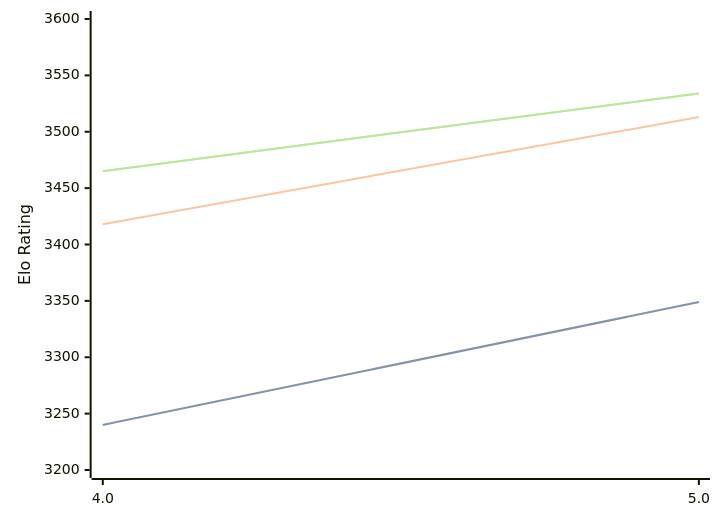
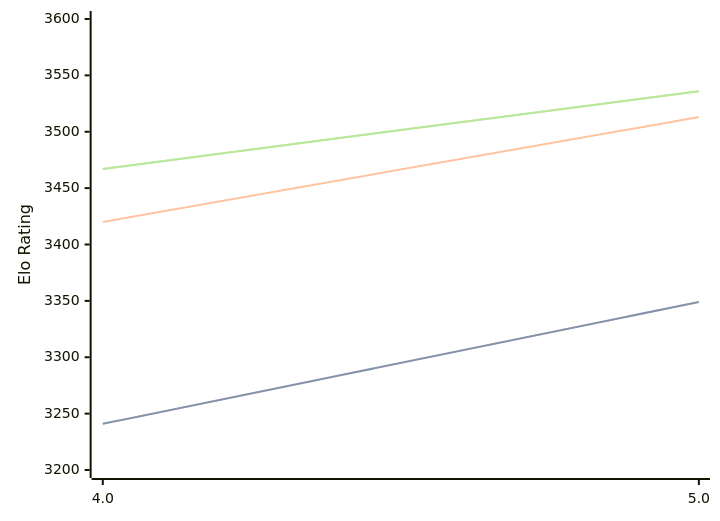
Before and after one commit to computer-chess-index/cci: the diagram in engines/Tarnished.md, drawn with Mermaid. The commit also changed other lines of this file, not shown here.

Commit message:
Update CCI Ratings (ELO VLTC) - 2026-05-21

````diff
--- a/engines/Tarnished.md
+++ b/engines/Tarnished.md
@@ -36,11 +36,11 @@
 ```mermaid
 %%{init: {"theme":"base","themeVariables":{"seriesColors:['#a3a3a3','#222221','#faa371']}}}%%
 xychart-beta
   x-axis ["4.0", "5.0"]
   y-axis "Elo Rating" 3200 --> 3600
-  line "STC (8.0+0.08s)" [3240, 3349]
-  line "STC (8.0+0.08s)" [3240, 3349]
-  line "LTC (60.0+0.60s)" [3418, 3513]
-  line "VLTC (2m24s+1.12s)" [3465, 3534]
-  line "VLTC (2m24s+1.12s)" [3465, 3534]
+  line "STC (8.0+0.08s)" [3241, 3349]
+  line "STC (8.0+0.08s)" [3241, 3349]
+  line "LTC (60.0+0.60s)" [3420, 3513]
+  line "VLTC (2m24s+1.12s)" [3467, 3536]
+  line "VLTC (2m24s+1.12s)" [3467, 3536]
 ```
````
